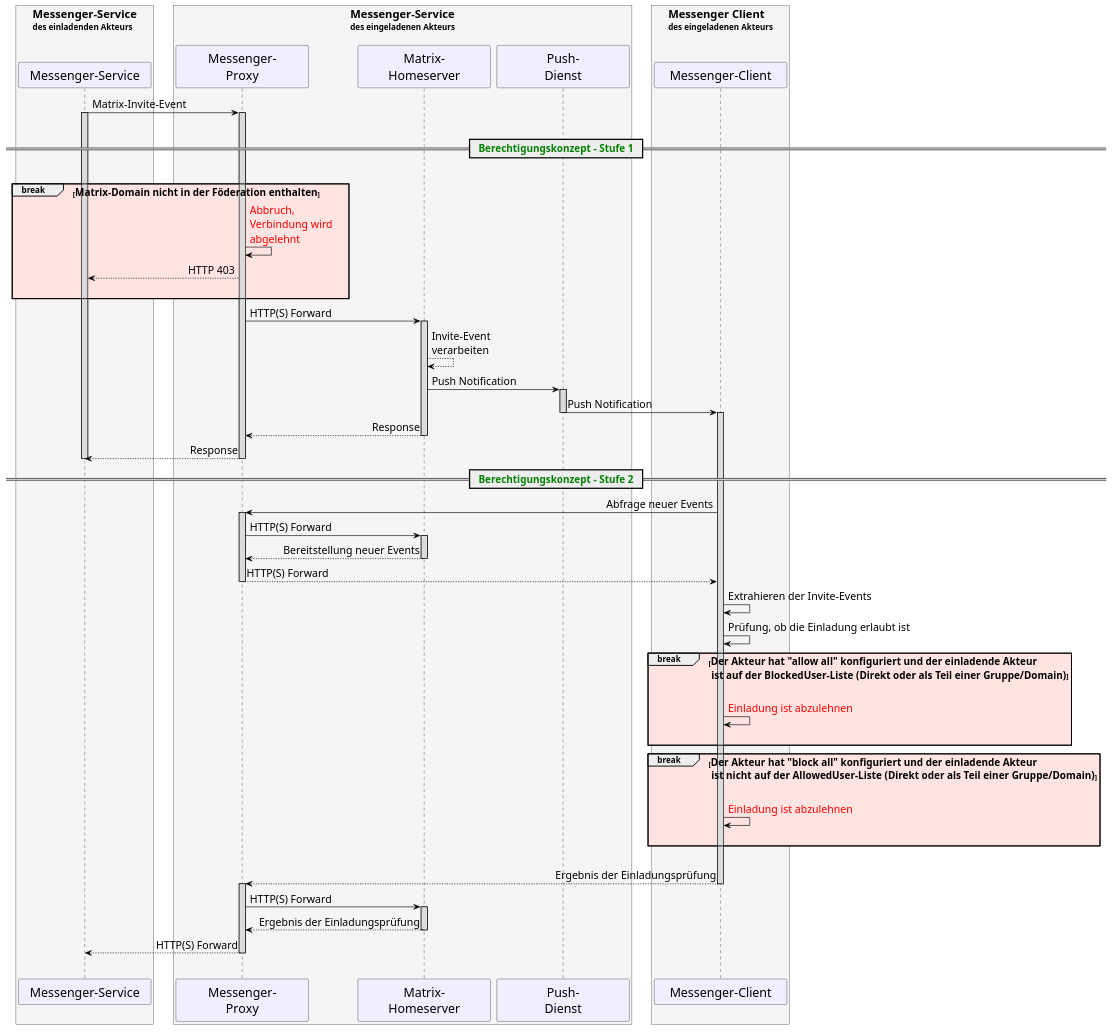
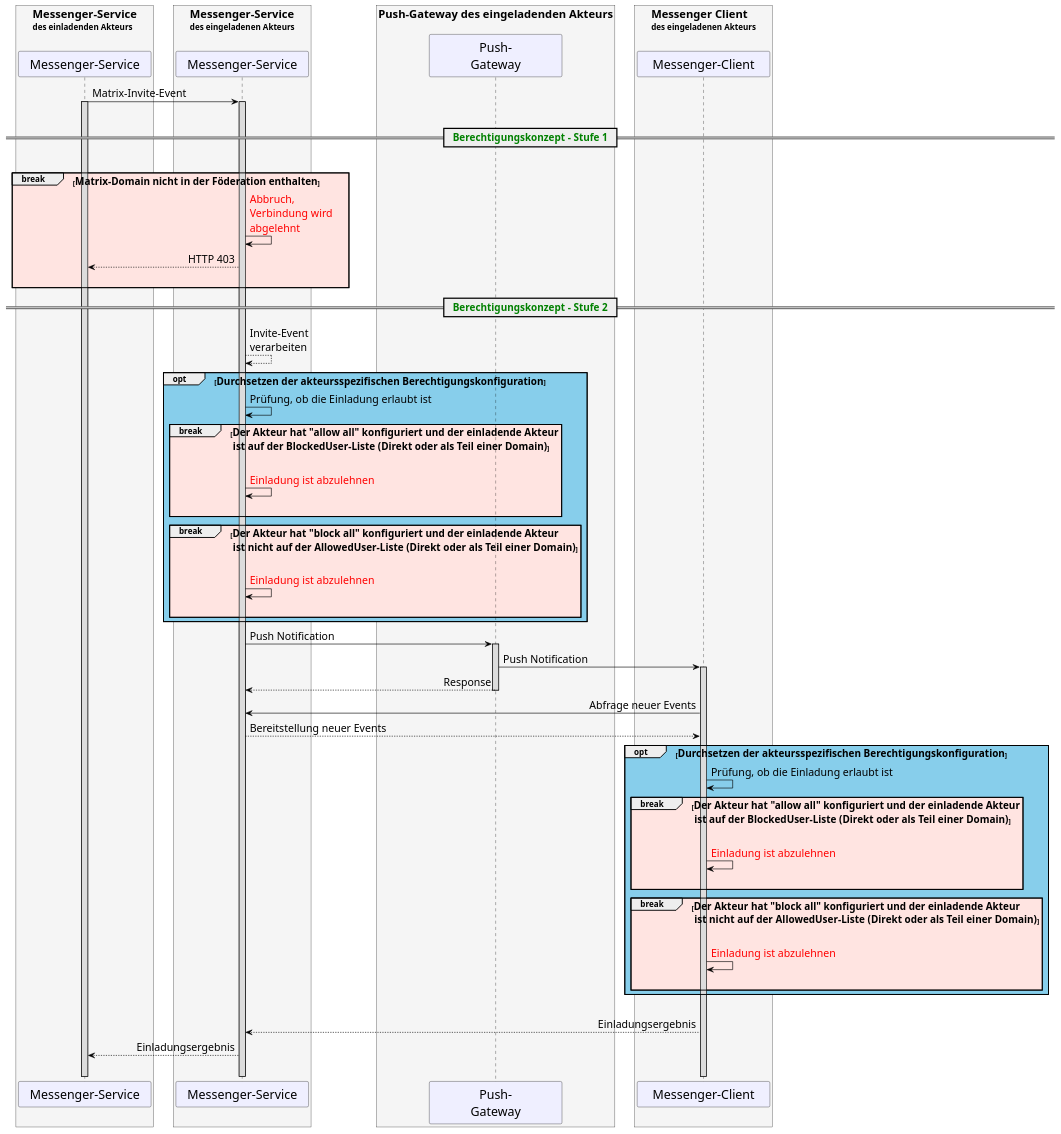
The diagram in src/images/TI-Messenger-Dienst/Ressourcen/UC_Approvel_List_Seq.puml (gematik/api-ti-messenger), drawn with PlantUML before and after one commit. The commit also changed 1 other file, not shown here.

```diff
--- a/src/images/TI-Messenger-Dienst/Ressourcen/UC_Approvel_List_Seq.puml
+++ b/src/images/TI-Messenger-Dienst/Ressourcen/UC_Approvel_List_Seq.puml
@@ -8,101 +8,96 @@
 @startuml
 skinparam sequenceMessageAlign direction
 skinparam minClassWidth 200
 skinparam BoxPadding 15
 skinparam sequenceReferenceHeaderBackgroundColor palegreen
 scale max 2048 width
 
 skinparam sequence {
   ArrowColor black
   ArrowFontSize 17
   ActorBorderColor black
   LifeLineBorderColor black
   LifeLineBackgroundColor Gainsboro
 
   ParticipantBorderColor Motivation
   ParticipantBackgroundColor Motivation
 
   ParticipantFontSize 20
   ParticipantFontColor black
   ParticipantBorderColor Black
   ParticipantBackgroundColor MOTIVATION
 
   ActorBackgroundColor Gainsboro
   ActorFontColor black
   ActorFontSize 20
   ActorFontName Aapex
 }
 box <size:18>Messenger-Service\ndes einladenden Akteurs\n #WhiteSmoke
 participant MS as "Messenger-Service"
 end box
 box <size:18>Messenger-Service\ndes eingeladenen Akteurs\n #WhiteSmoke
-participant MP2 as "Messenger-\nProxy"
-participant MH2 as "Matrix-\nHomeserver"
-participant PG as "Push-\nDienst"
+participant MS2 as "Messenger-Service"
+end box
+box <size:18>Push-Gateway des eingeladenden Akteurs\n #WhiteSmoke
+participant PG as "Push-\nGateway"
 end box
 box <size:18>Messenger Client\ndes eingeladenen Akteurs\n #WhiteSmoke
 participant MC2 as "Messenger-Client"
 end box
-MS->MP2:Matrix-Invite-Event
-activate MP2
+MS->MS2:Matrix-Invite-Event
+activate MS2
 activate MS
 |||
 == <font color=green><size:16>  Berechtigungskonzept - Stufe 1</size></font>  ==
 |||
 break #MistyRose <size:16>Matrix-Domain nicht in der Föderation enthalten</size>
-  MP2->MP2:<font color=red>Abbruch, \n<font color=red>Verbindung wird \n<font color=red>abgelehnt</font>
-  MP2-->MS: HTTP 403
+  MS2->MS2:<font color=red>Abbruch, \n<font color=red>Verbindung wird \n<font color=red>abgelehnt</font>
+  MS2-->MS: HTTP 403
   |||
+end
+
+== <font color=green><size:16>  Berechtigungskonzept - Stufe 2</size></font>  ==
+MS2-->MS2: Invite-Event \nverarbeiten
+opt #SkyBlue <size:16>Durchsetzen der akteursspezifischen Berechtigungskonfiguration</size>
+MS2->MS2: Prüfung, ob die Einladung erlaubt ist
+break #MistyRose <size:16>Der Akteur hat "allow all" konfiguriert und der einladende Akteur\n<size:16> ist auf der BlockedUser-Liste (Direkt oder als Teil einer Domain)</size>
+    |||
+    MS2->MS2:<font color=red>Einladung ist abzulehnen</font>
+    |||
   end
 
-  MP2->MH2: HTTP(S) Forward
-  activate MH2
-  MH2-->MH2: Invite-Event \nverarbeiten
-  MH2->PG++: Push Notification
-  PG->MC2--: Push Notification
+  break #MistyRose <size:16>Der Akteur hat "block all" konfiguriert und der einladende Akteur\n<size:16> ist nicht auf der AllowedUser-Liste (Direkt oder als Teil einer Domain)</size>
+    |||
+    MS2->MS2:<font color=red>Einladung ist abzulehnen</font>
+    |||
+  end
+end
+
+  MS2->PG++: Push Notification
+  PG->MC2: Push Notification
   activate MC2
-  MH2-->MP2: Response
-  deactivate MH2
-  MP2-->MS: Response
-  deactivate MP2
-  deactivate MS
+  PG-->MS2: Response
+  deactivate PG
+  
+  MC2->MS2: Abfrage neuer Events
+  MS2-->MC2: Bereitstellung neuer Events
 
-== <font color=green><size:16>  Berechtigungskonzept - Stufe 2</size></font>  ==
-  MC2->MP2: Abfrage neuer Events
-  activate MP2
-  MP2->MH2: HTTP(S) Forward
-  activate MH2
-  MH2-->MP2: Bereitstellung neuer Events
-  deactivate MH2
-  MP2-->MC2: HTTP(S) Forward
-  deactivate MP2
-
-  MC2->MC2: Extrahieren der Invite-Events
+  opt #SkyBlue <size:16>Durchsetzen der akteursspezifischen Berechtigungskonfiguration</size>
   MC2->MC2: Prüfung, ob die Einladung erlaubt ist
-
-  break #MistyRose <size:16>Der Akteur hat "allow all" konfiguriert und der einladende Akteur\n<size:16> ist auf der BlockedUser-Liste (Direkt oder als Teil einer Gruppe/Domain)</size>
+  break #MistyRose <size:16>Der Akteur hat "allow all" konfiguriert und der einladende Akteur\n<size:16> ist auf der BlockedUser-Liste (Direkt oder als Teil einer Domain)</size>
     |||
     MC2->MC2:<font color=red>Einladung ist abzulehnen</font>
     |||
   end
 
-  break #MistyRose <size:16>Der Akteur hat "block all" konfiguriert und der einladende Akteur\n<size:16> ist nicht auf der AllowedUser-Liste (Direkt oder als Teil einer Gruppe/Domain)</size>
+  break #MistyRose <size:16>Der Akteur hat "block all" konfiguriert und der einladende Akteur\n<size:16> ist nicht auf der AllowedUser-Liste (Direkt oder als Teil einer Domain)</size>
     |||
     MC2->MC2:<font color=red>Einladung ist abzulehnen</font>
     |||
   end
-
-
-
+end
 |||
-MC2-->MP2: Ergebnis der Einladungsprüfung
-deactivate MC2
-activate MP2
-MP2->MH2: HTTP(S) Forward
-activate MH2
-MH2-->MP2: Ergebnis der Einladungsprüfung
-deactivate MH2
-MP2-->MS: HTTP(S) Forward
-deactivate MP2
+MC2-->MS2: Einladungsergebnis
+MS2-->MS: Einladungsergebnis
 |||
 @enduml
```
